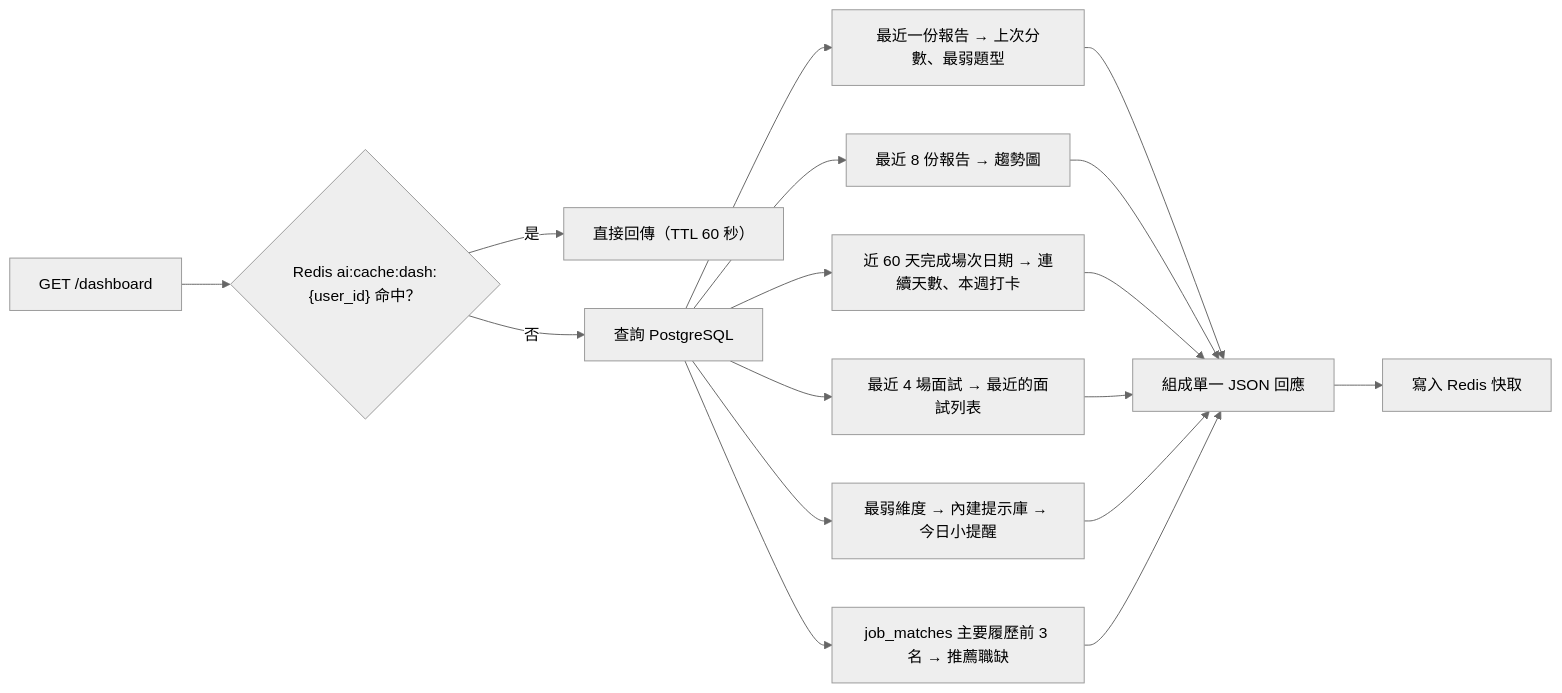
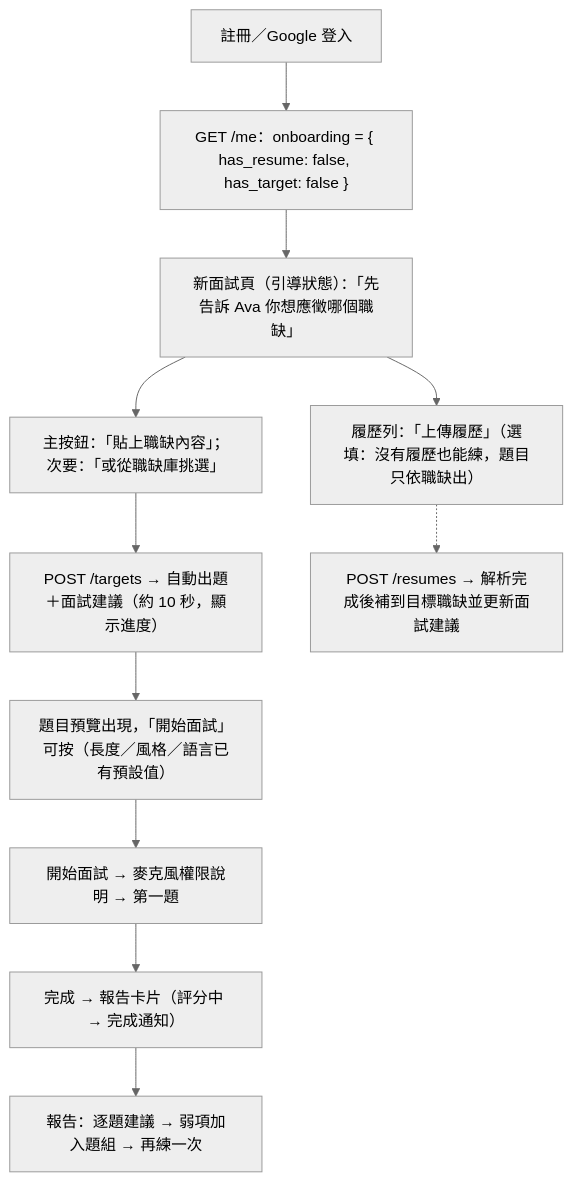
Before and after one commit to WilliamTsai1227/AI_Interview: diagram 24 of 29 in spec/flows.md, drawn with Mermaid (neutral theme). The commit also changed other lines of this file and 4 other files, not shown here.

````diff
--- a/spec/flows.md
+++ b/spec/flows.md
@@ -712,14 +771,13 @@
 ```mermaid
-flowchart LR
-    A0["GET /dashboard"] --> A1{"Redis ai:cache:dash:{user_id} 命中？"}
-    A1 -- 是 --> Z["直接回傳（TTL 60 秒）"]
-    A1 -- 否 --> A["查詢 PostgreSQL"]
-    A --> B["最近一份報告 → 上次分數、最弱題型"]
-    A --> C["最近 8 份報告 → 趨勢圖"]
-    A --> D["近 60 天完成場次日期 → 連續天數、本週打卡"]
-    A --> E["最近 4 場面試 → 最近的面試列表"]
-    A --> F["最弱維度 → 內建提示庫 → 今日小提醒"]
-    A --> G["job_matches 主要履歷前 3 名 → 推薦職缺"]
-    B & C & D & E & F & G --> H["組成單一 JSON 回應"]
-    H --> H1["寫入 Redis 快取"]
+flowchart TD
+    A["註冊／Google 登入"] --> B["GET /me：onboarding = { has_resume: false, has_target: false }"]
+    B --> C["新面試頁（引導狀態）：「先告訴 Ava 你想應徵哪個職缺」"]
+    C --> D["主按鈕：「貼上職缺內容」；次要：「或從職缺庫挑選」"]
+    C --> E["履歷列：「上傳履歷」（選填：沒有履歷也能練，題目只依職缺出）"]
+    D --> F["POST /targets → 自動出題＋面試建議（約 10 秒，顯示進度）"]
+    E -.-> E1["POST /resumes → 解析完成後補到目標職缺並更新面試建議"]
+    F --> G["題目預覽出現，「開始面試」可按（長度／風格／語言已有預設值）"]
+    G --> H["開始面試 → 麥克風權限說明 → 第一題"]
+    H --> I["完成 → 報告卡片（評分中 → 完成通知）"]
+    I --> J["報告：逐題建議 → 弱項加入題組 → 再練一次"]
 ```
````
